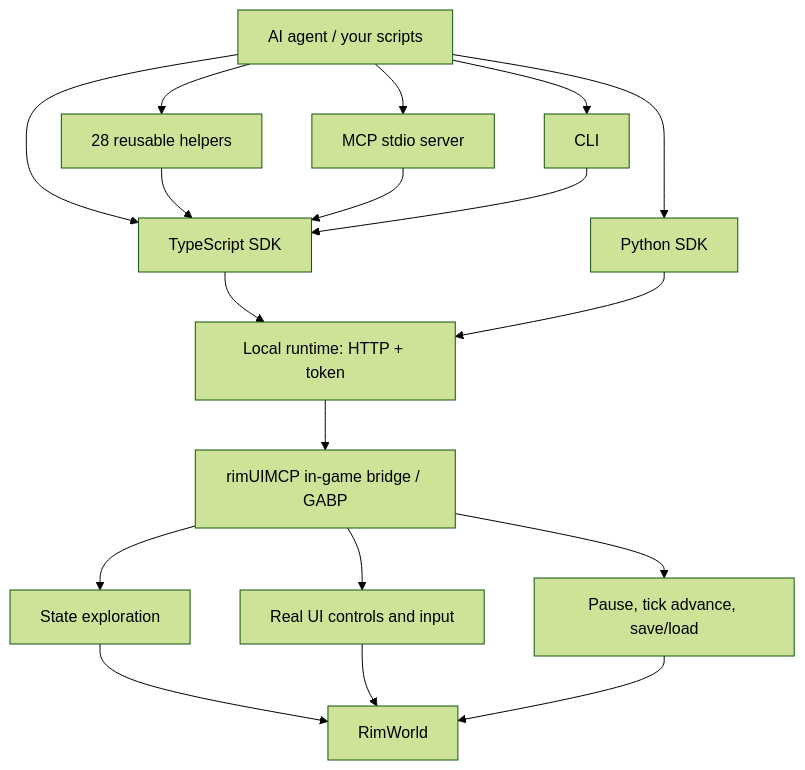
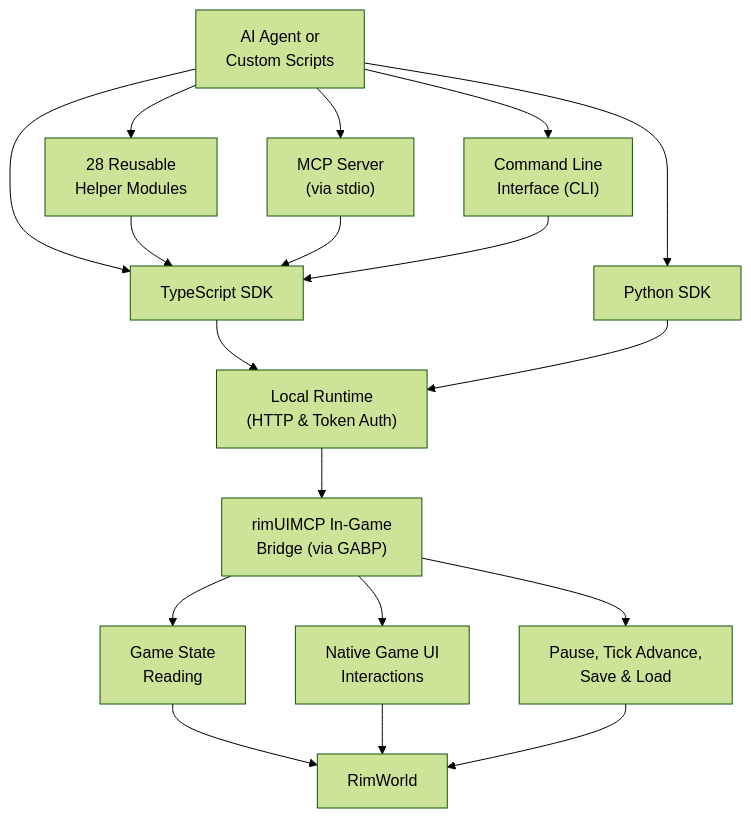
The diagram in README.en.md (Hcrab/rimUIMCP), drawn with Mermaid (forest theme) before and after one commit. The commit also changed 1 other file, not shown here.

Commit message:
Localize and clarify README architecture diagrams

````diff
--- a/README.en.md
+++ b/README.en.md
@@ -109,20 +109,20 @@
 ```mermaid
 flowchart TD
-    AI[AI agent / your scripts] --> MCP[MCP stdio server]
-    AI --> CLI[CLI]
-    AI --> TS[TypeScript SDK]
-    AI --> PY[Python SDK]
-    AI --> HELP[28 reusable helpers]
+    AI["AI Agent or<br/>Custom Scripts"] --> MCP["MCP Server<br/>(via stdio)"]
+    AI --> CLI["Command Line<br/>Interface (CLI)"]
+    AI --> TS["TypeScript SDK"]
+    AI --> PY["Python SDK"]
+    AI --> HELP["28 Reusable<br/>Helper Modules"]
     HELP --> TS
     MCP --> TS
     CLI --> TS
-    TS --> HOST[Local runtime: HTTP + token]
+    TS --> HOST["Local Runtime<br/>(HTTP & Token Auth)"]
     PY --> HOST
-    HOST --> BRIDGE[rimUIMCP in-game bridge / GABP]
-    BRIDGE --> READ[State exploration]
-    BRIDGE --> UI[Real UI controls and input]
-    BRIDGE --> TIME[Pause, tick advance, save/load]
-    READ --> GAME[RimWorld]
+    HOST --> BRIDGE["rimUIMCP In-Game<br/>Bridge (via GABP)"]
+    BRIDGE --> READ["Game State<br/>Reading"]
+    BRIDGE --> UI["Native Game UI<br/>Interactions"]
+    BRIDGE --> TIME["Pause, Tick Advance,<br/>Save & Load"]
+    READ --> GAME["RimWorld"]
     UI --> GAME
     TIME --> GAME
 ```
````
